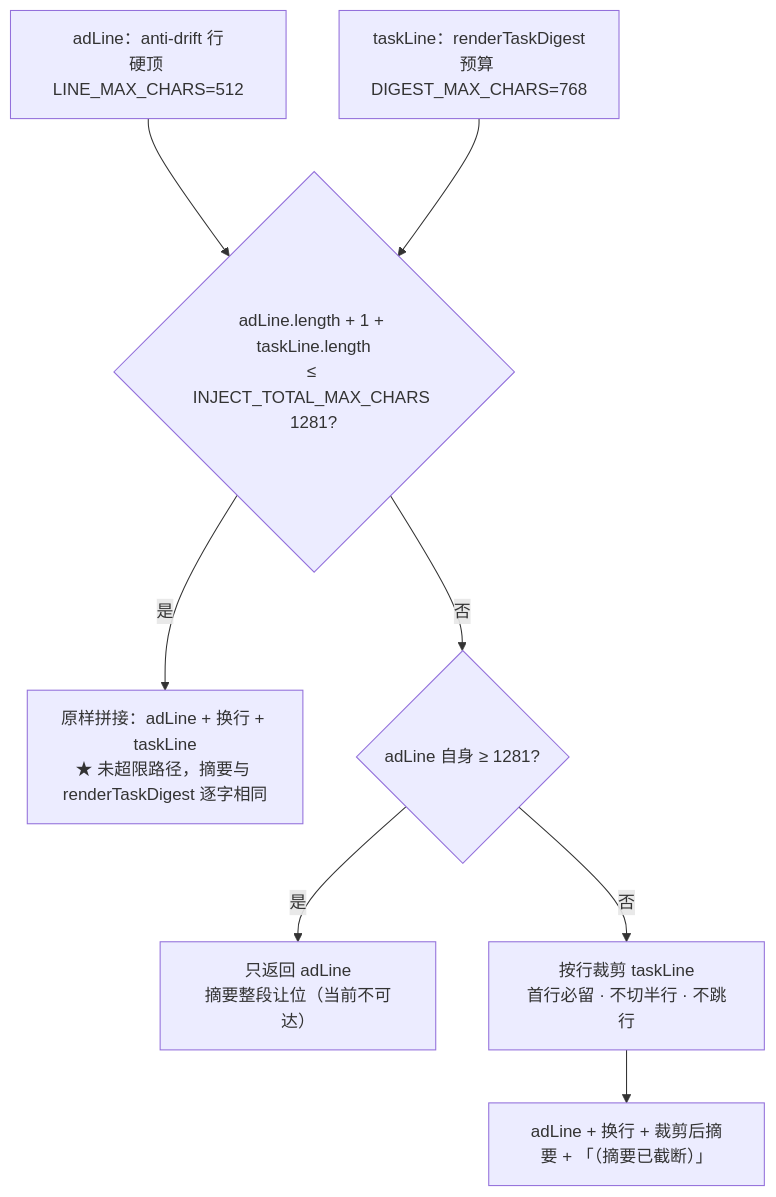
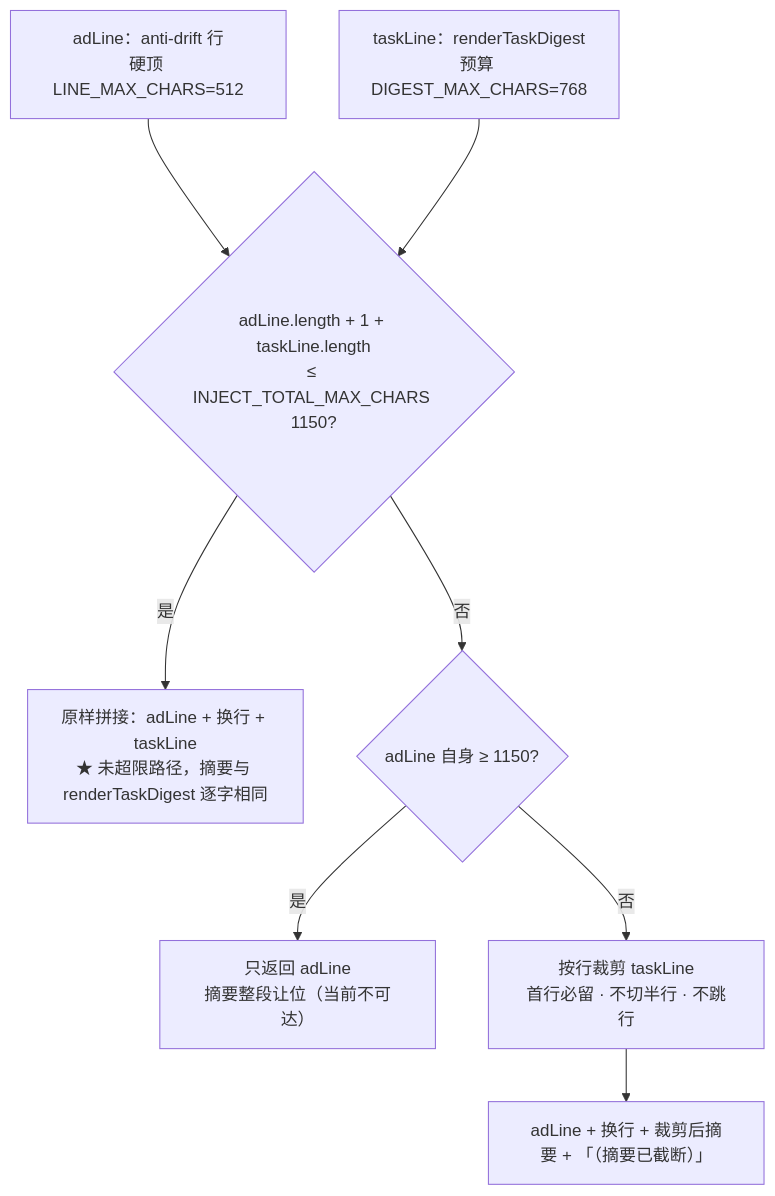
The diagram in docs/2026-10-18-t3-digest-budget-design.md (shenhuanageshei/dsh-thincoder-suite), drawn with Mermaid before and after one commit. The commit also changed other lines of this file, not shown here.

Commit message:
docs(design): 批 43 —— 副轨评审 7 条处置：合计上限改 1150 标定值（1281 恒不可触发=假保护）· 补跨模块契约锁 T-4f · 空段语义 · 决策/schema 计数订正

````diff
--- a/docs/2026-10-18-t3-digest-budget-design.md
+++ b/docs/2026-10-18-t3-digest-budget-design.md
@@ -92,10 +101,10 @@
 ```mermaid
 flowchart TD
-  A[adLine：anti-drift 行<br/>硬顶 LINE_MAX_CHARS=512] --> C{adLine.length + 1 + taskLine.length<br/>≤ INJECT_TOTAL_MAX_CHARS 1281?}
+  A[adLine：anti-drift 行<br/>硬顶 LINE_MAX_CHARS=512] --> C{adLine.length + 1 + taskLine.length<br/>≤ INJECT_TOTAL_MAX_CHARS 1150?}
   B[taskLine：renderTaskDigest<br/>预算 DIGEST_MAX_CHARS=768] --> C
   C -- 是 --> D[原样拼接：adLine + 换行 + taskLine<br/>★ 未超限路径，摘要与 renderTaskDigest 逐字相同]
-  C -- 否 --> E{adLine 自身 ≥ 1281?}
+  C -- 否 --> E{adLine 自身 ≥ 1150?}
   E -- 是 --> F[只返回 adLine<br/>摘要整段让位（当前不可达）]
   E -- 否 --> G[按行裁剪 taskLine<br/>首行必留 · 不切半行 · 不跳行]
   G --> H[adLine + 换行 + 裁剪后摘要 + 「（摘要已截断）」]
 ```
````
